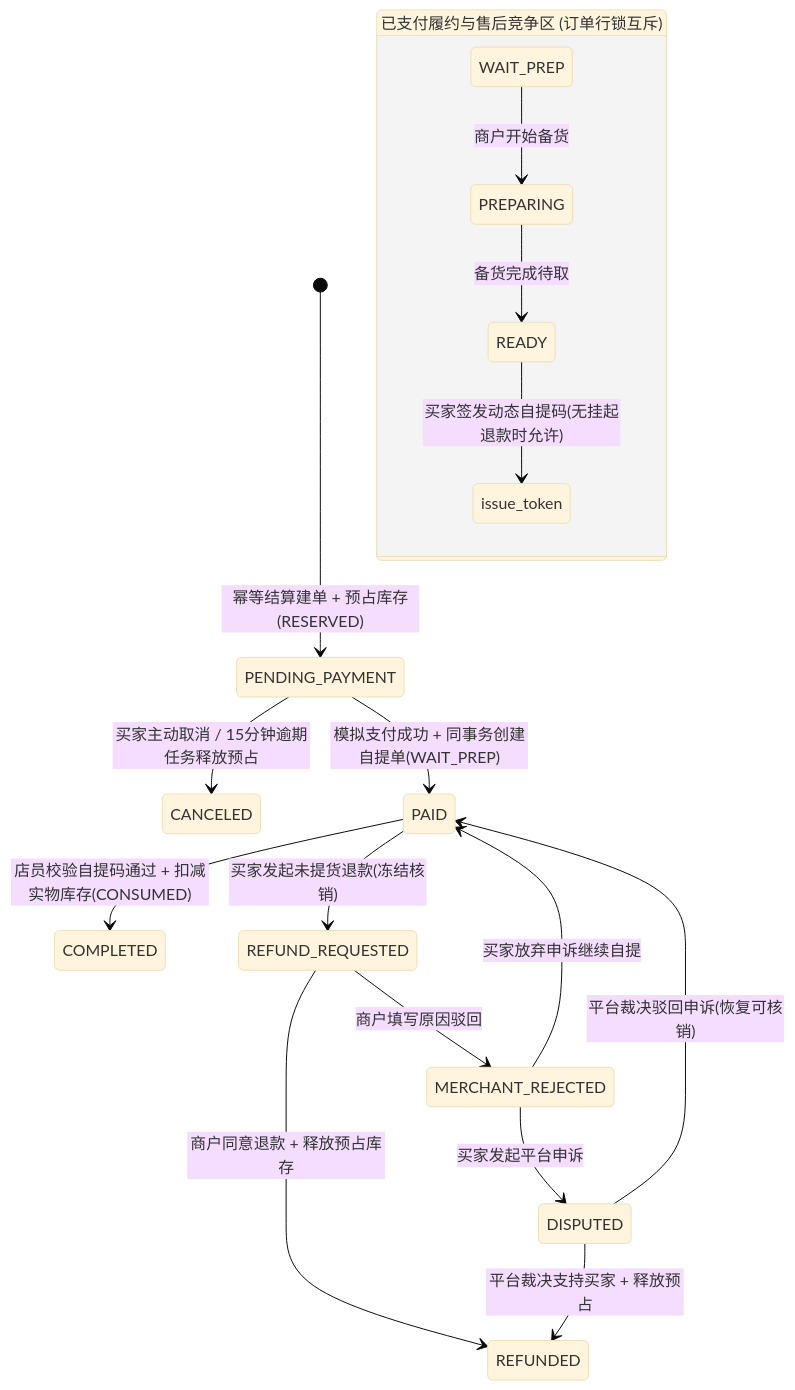
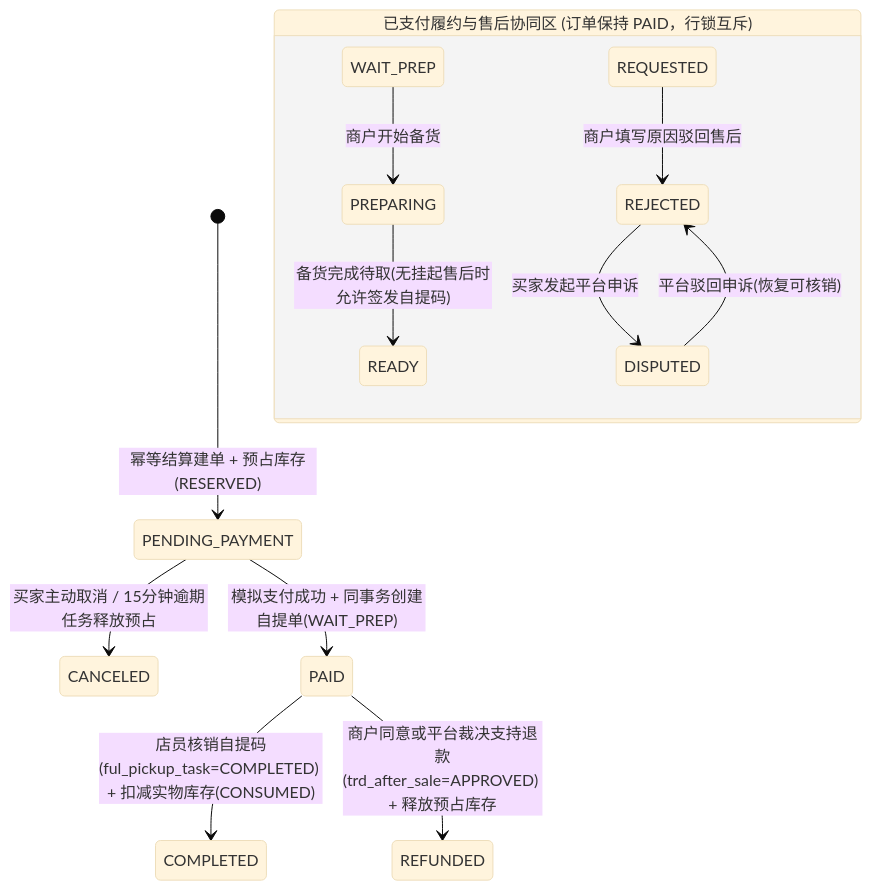
One commit to ProfessorZJH/campus-shopping changed the second of 3 diagrams in docs/thesis/03-ARCHITECTURE-AND-DATA-MANUAL.md. Above: the diagram before and after it, drawn with Mermaid (base theme). The commit also changed other lines of this file and 43 other files, not shown here.

````diff
--- a/docs/thesis/03-ARCHITECTURE-AND-DATA-MANUAL.md
+++ b/docs/thesis/03-ARCHITECTURE-AND-DATA-MANUAL.md
@@ -156,21 +158,17 @@
 ```mermaid
 stateDiagram-v2
     [*] --> PENDING_PAYMENT: 幂等结算建单 + 预占库存(RESERVED)
     PENDING_PAYMENT --> CANCELED: 买家主动取消 / 15分钟逾期任务释放预占
     PENDING_PAYMENT --> PAID: 模拟支付成功 + 同事务创建自提单(WAIT_PREP)
 
-    state "已支付履约与售后竞争区 (订单行锁互斥)" as PaidZone {
+    state "已支付履约与售后协同区 (订单保持 PAID，行锁互斥)" as PaidZone {
         WAIT_PREP --> PREPARING: 商户开始备货
-        PREPARING --> READY: 备货完成待取
-        READY --> issue_token: 买家签发动态自提码(无挂起退款时允许)
+        PREPARING --> READY: 备货完成待取(无挂起售后时允许签发自提码)
+        REQUESTED --> REJECTED: 商户填写原因驳回售后
+        REJECTED --> DISPUTED: 买家发起平台申诉
+        DISPUTED --> REJECTED: 平台驳回申诉(恢复可核销)
     }
 
-    PAID --> COMPLETED: 店员校验自提码通过 + 扣减实物库存(CONSUMED)
-    PAID --> REFUND_REQUESTED: 买家发起未提货退款(冻结核销)
-    REFUND_REQUESTED --> REFUNDED: 商户同意退款 + 释放预占库存
-    REFUND_REQUESTED --> MERCHANT_REJECTED: 商户填写原因驳回
-    MERCHANT_REJECTED --> PAID: 买家放弃申诉继续自提
-    MERCHANT_REJECTED --> DISPUTED: 买家发起平台申诉
-    DISPUTED --> REFUNDED: 平台裁决支持买家 + 释放预占
-    DISPUTED --> PAID: 平台裁决驳回申诉(恢复可核销)
+    PAID --> COMPLETED: 店员核销自提码(ful_pickup_task=COMPLETED) + 扣减实物库存(CONSUMED)
+    PAID --> REFUNDED: 商户同意或平台裁决支持退款(trd_after_sale=APPROVED) + 释放预占库存
 ```
````
